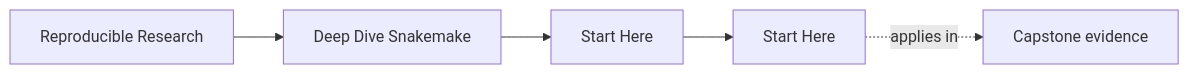
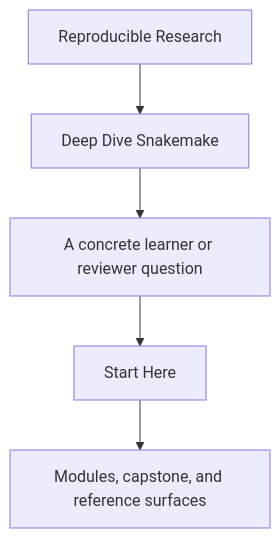
Before and after one commit to bijux/bijux-masterclass: the first of 2 diagrams in programs/reproducible-research/deep-dive-snakemake/course-book/guides/start-here.md, drawn with Mermaid. The commit also changed other lines of this file and 29 other files, not shown here.

Commit message:
docs(deep-dive-snakemake): sharpen guide and reference diagrams

````diff
--- a/programs/reproducible-research/deep-dive-snakemake/course-book/guides/start-here.md
+++ b/programs/reproducible-research/deep-dive-snakemake/course-book/guides/start-here.md
@@ -9,11 +9,7 @@
 ```mermaid
-graph LR
-  family["Reproducible Research"]
-  program["Deep Dive Snakemake"]
-  section["Start Here"]
-  page["Start Here"]
-  capstone["Capstone evidence"]
-
-  family --> program --> section --> page
-  page -.applies in.-> capstone
+flowchart TD
+  family["Reproducible Research"] --> program["Deep Dive Snakemake"]
+  program --> pressure["A concrete learner or reviewer question"]
+  pressure --> guide["Start Here"]
+  guide --> next["Modules, capstone, and reference surfaces"]
 ```
````
